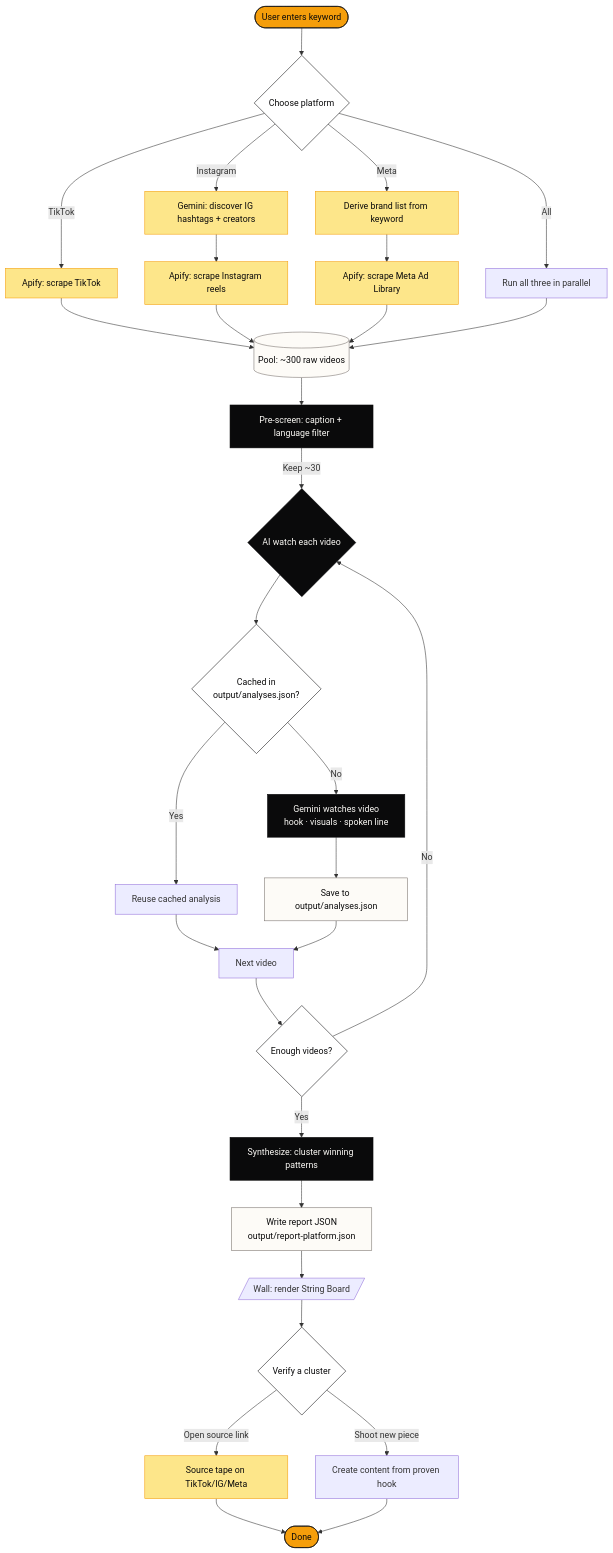
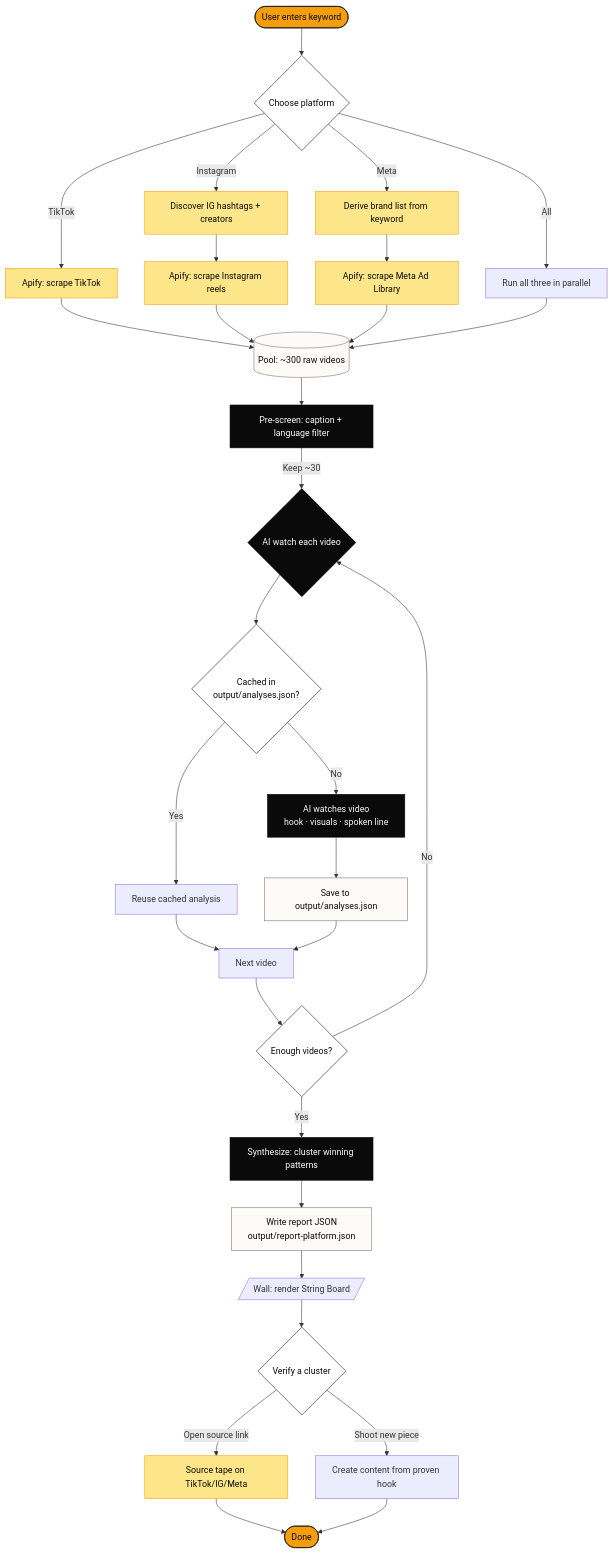
Before and after one commit to manish-9245/WhyViral: the diagram in README.md, drawn with Mermaid. The commit also changed other lines of this file and 23 other files, not shown here.

````diff
--- a/README.md
+++ b/README.md
@@ -15,49 +66,49 @@
 ```mermaid
 flowchart TD
     Start([User enters keyword]) --> Choose{Choose platform}
     Choose -->|TikTok| ScrapeTT[Apify: scrape TikTok]
-    Choose -->|Instagram| DiscoverIG[Gemini: discover IG hashtags + creators]
+    Choose -->|Instagram| DiscoverIG[Discover IG hashtags + creators]
     DiscoverIG --> ScrapeIG[Apify: scrape Instagram reels]
     Choose -->|Meta| DeriveBrands[Derive brand list from keyword]
     DeriveBrands --> ScrapeMeta[Apify: scrape Meta Ad Library]
     Choose -->|All| ScrapeAll[Run all three in parallel]
 
     ScrapeTT --> Pool[(Pool: ~300 raw videos)]
     ScrapeIG --> Pool
     ScrapeMeta --> Pool
     ScrapeAll --> Pool
 
     Pool --> Prescreen[Pre-screen: caption + language filter]
     Prescreen -->|Keep ~30| Watch{AI watch each video}
 
     Watch --> CacheCheck{Cached in<br/>output/analyses.json?}
     CacheCheck -->|Yes| Reuse[Reuse cached analysis]
-    CacheCheck -->|No| Gemini[Gemini watches video<br/>hook · visuals · spoken line]
+    CacheCheck -->|No| Gemini[AI watches video<br/>hook · visuals · spoken line]
     Gemini --> SaveCache[Save to output/analyses.json]
     Reuse --> Next
     SaveCache --> Next[Next video]
 
     Next --> HaveEnough{Enough videos?}
     HaveEnough -->|No| Watch
     HaveEnough -->|Yes| Synthesize[Synthesize: cluster winning patterns]
 
     Synthesize --> Report[Write report JSON<br/>output/report-platform.json]
     Report --> Wall[/Wall: render String Board/]
     Wall --> Verify{Verify a cluster}
     Verify -->|Open source link| Tape[Source tape on TikTok/IG/Meta]
     Verify -->|Shoot new piece| Shoot[Create content from proven hook]
     Tape --> Done([Done])
     Shoot --> Done
 
     classDef ext fill:#fde68a,stroke:#f59e0b,color:#0a0a0b
     classDef ai fill:#0a0a0b,stroke:#0a0a0b,color:#fdfbf7
     classDef store fill:#fdfbf7,stroke:#78716c,color:#0a0a0b
     classDef decision fill:#fff,stroke:#0a0a0b,color:#0a0a0b
     classDef done fill:#f59e0b,stroke:#0a0a0b,color:#0a0a0b
 
     class ScrapeTT,ScrapeIG,ScrapeMeta,DiscoverIG,DeriveBrands,Tape ext
     class Gemini,Synthesize,Prescreen,Watch ai
     class Pool,Report,SaveCache store
     class Choose,CacheCheck,HaveEnough,Verify decision
     class Start,Done done
 ```
````
